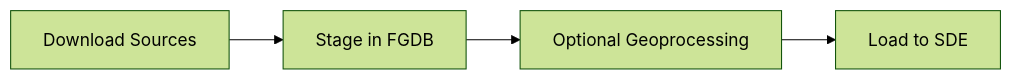
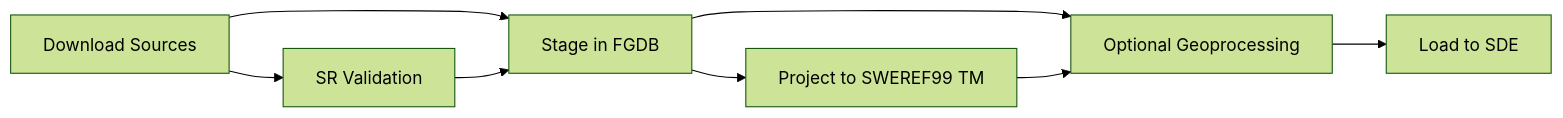
Before and after one commit to 1kimnet/op-etl: the diagram in README.md, drawn with Mermaid (forest theme). The commit also changed other lines of this file, not shown here.

Commit message:
Update README with SR consistency documentation and final validation

````diff
--- a/README.md
+++ b/README.md
@@ -19,6 +20,11 @@
 ```mermaid
 flowchart LR
-    A[Download Sources] --> B[Stage in FGDB]
+    A[Download Sources] --> B[Stage in FGDB] 
     B --> C[Optional Geoprocessing]
     C --> D[Load to SDE]
+    
+    A --> E[SR Validation]
+    E --> B
+    B --> F[Project to SWEREF99 TM]
+    F --> C
 ```
````
